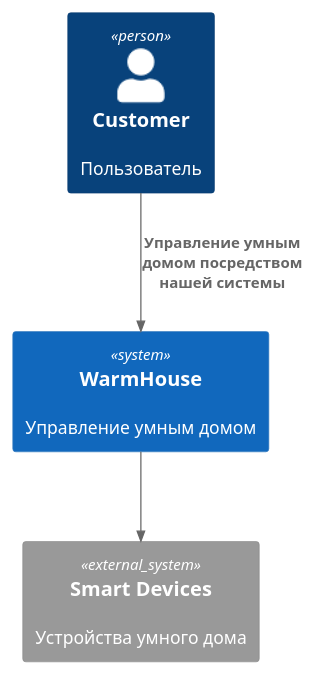
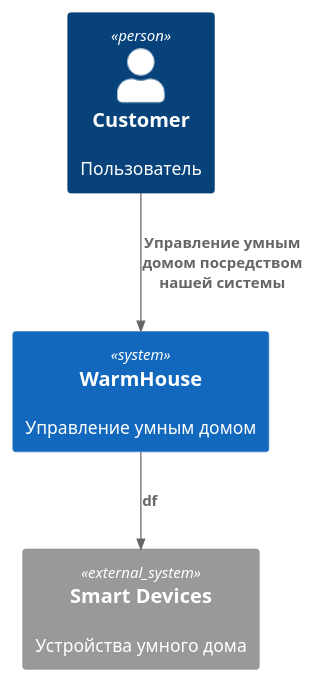
The diagram in context.puml (Meeluck/architecture-warmhouse), drawn with PlantUML before and after one commit. The commit also changed 2 other files, not shown here.

```diff
--- a/context.puml
+++ b/context.puml
@@ -1,21 +1,21 @@
 @startuml
 !include https://raw.githubusercontent.com/plantuml-stdlib/C4-PlantUML/master/C4_Context.puml
 
 Person(user,"Customer","Пользователь")
 
 System(wh, "WarmHouse","Управление умным домом")
 'System_Boundary(c1,WarmHouse){
 '    System(um,"User Management")
 '    System(dm,"Device Management")
 '    System(sm,"Scenario Management")
 '}
 
 System_Ext(devices,"Smart Devices","Устройства умного дома")
 
-Rel(wh,devices,"")
+Rel(wh,devices,"df")
 Rel(user,wh,"Управление умным домом посредством нашей системы")
 
 'Rel(dm,devices,"Управление")
 'Rel(user,c1,"Взаимодействую")
 'Rel(sm,dm,"Управление и мониторинг")
 @enduml
```
